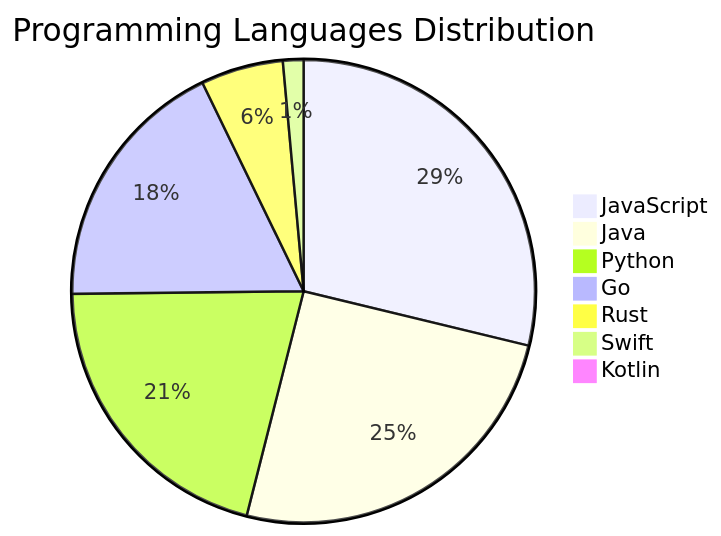
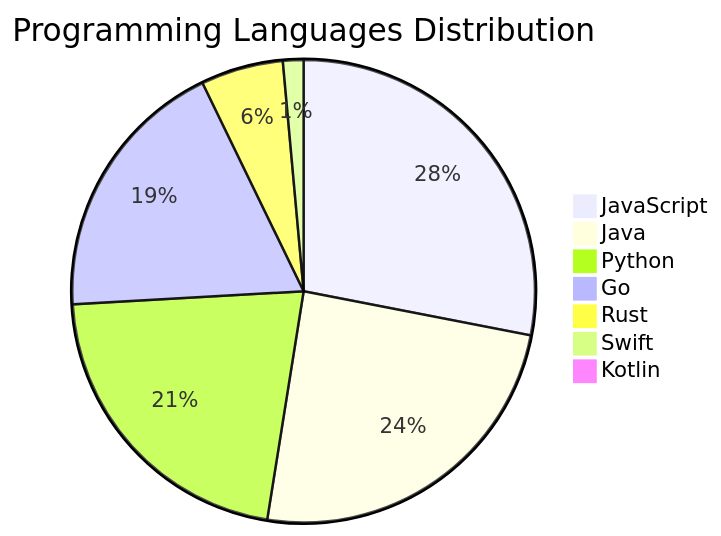
One commit to Derrick-MUGISHA/github-activity-bot changed the diagram in README.md. Above: the diagram before and after it, drawn with Mermaid. The commit also changed other lines of this file and 4 other files, not shown here.

````diff
--- a/README.md
+++ b/README.md
@@ -207,10 +207,10 @@
 ```mermaid
 pie title Programming Languages Distribution
-    "JavaScript" : 40
-    "Java" : 35
-    "Python" : 29
-    "Go" : 25
+    "JavaScript" : 39
+    "Java" : 34
+    "Python" : 30
+    "Go" : 26
     "Rust" : 8
     "Swift" : 2
     "Kotlin" : 1
 ```
````
